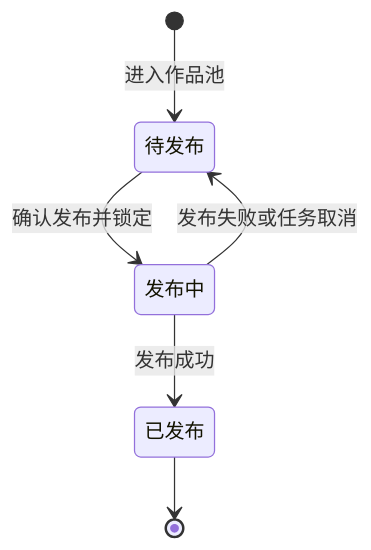
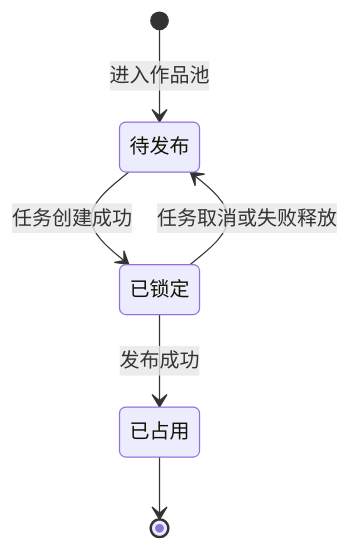
Before and after one commit to hunterandrabbits-a11y/AI-Army: the third of 4 diagrams in PRD-v1.3-短视频运营专员.md, drawn with Mermaid. The commit also changed other lines of this file and 4 other files, not shown here.

````diff
--- a/PRD-v1.3-短视频运营专员.md
+++ b/PRD-v1.3-短视频运营专员.md
@@ -543,8 +545,8 @@
 ```mermaid
 stateDiagram-v2
     [*] --> 待发布: 进入作品池
-    待发布 --> 发布中: 确认发布并锁定
-    发布中 --> 已发布: 发布成功
-    发布中 --> 待发布: 发布失败或任务取消
-    已发布 --> [*]
+    待发布 --> 已锁定: 任务创建成功
+    已锁定 --> 已占用: 发布成功
+    已锁定 --> 待发布: 任务取消或失败释放
+    已占用 --> [*]
 ```
````
